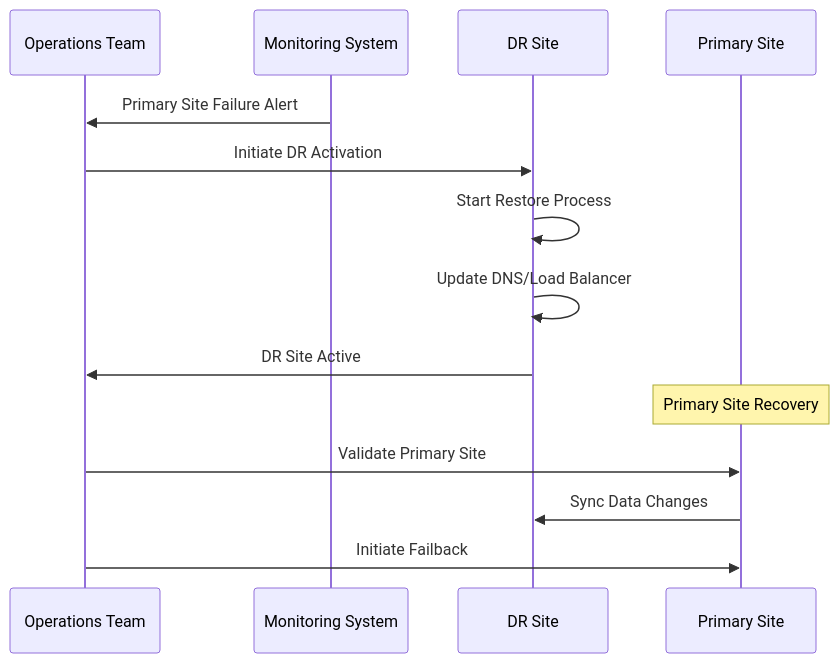
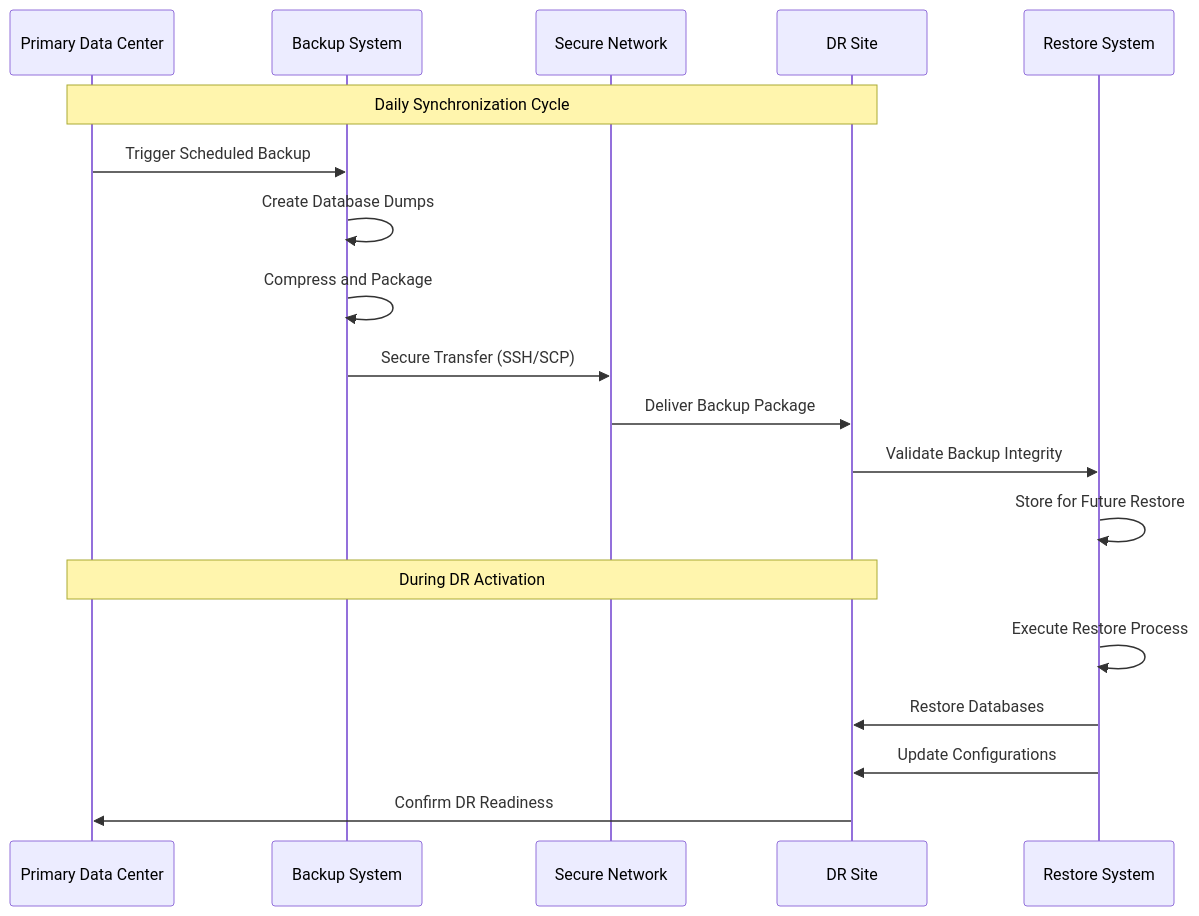
The tenth of 13 diagrams in HA_DR_Architecture_Documentation.md (Vishwa0220/customers-docs), drawn with Mermaid before and after one commit. The commit also changed other lines of this file, not shown here.

````diff
--- a/HA_DR_Architecture_Documentation.md
+++ b/HA_DR_Architecture_Documentation.md
@@ -384,18 +561,25 @@
 ```mermaid
 sequenceDiagram
-    participant Ops as Operations Team
-    participant Monitor as Monitoring System
+    participant DC as Primary Data Center
+    participant BACKUP as Backup System
+    participant NETWORK as Secure Network
     participant DR as DR Site
-    participant Primary as Primary Site
+    participant RESTORE as Restore System
     
-    Monitor->>Ops: Primary Site Failure Alert
-    Ops->>DR: Initiate DR Activation
-    DR->>DR: Start Restore Process
-    DR->>DR: Update DNS/Load Balancer
-    DR->>Ops: DR Site Active
+    Note over DC,DR: Daily Synchronization Cycle
     
-    Note over Primary: Primary Site Recovery
-    Ops->>Primary: Validate Primary Site
-    Primary->>DR: Sync Data Changes
-    Ops->>Primary: Initiate Failback
+    DC->>BACKUP: Trigger Scheduled Backup
+    BACKUP->>BACKUP: Create Database Dumps
+    BACKUP->>BACKUP: Compress and Package
+    BACKUP->>NETWORK: Secure Transfer (SSH/SCP)
+    NETWORK->>DR: Deliver Backup Package
+    DR->>RESTORE: Validate Backup Integrity
+    RESTORE->>RESTORE: Store for Future Restore
+    
+    Note over DC,DR: During DR Activation
+    
+    RESTORE->>RESTORE: Execute Restore Process
+    RESTORE->>DR: Restore Databases
+    RESTORE->>DR: Update Configurations
+    DR->>DC: Confirm DR Readiness
 ```
````
